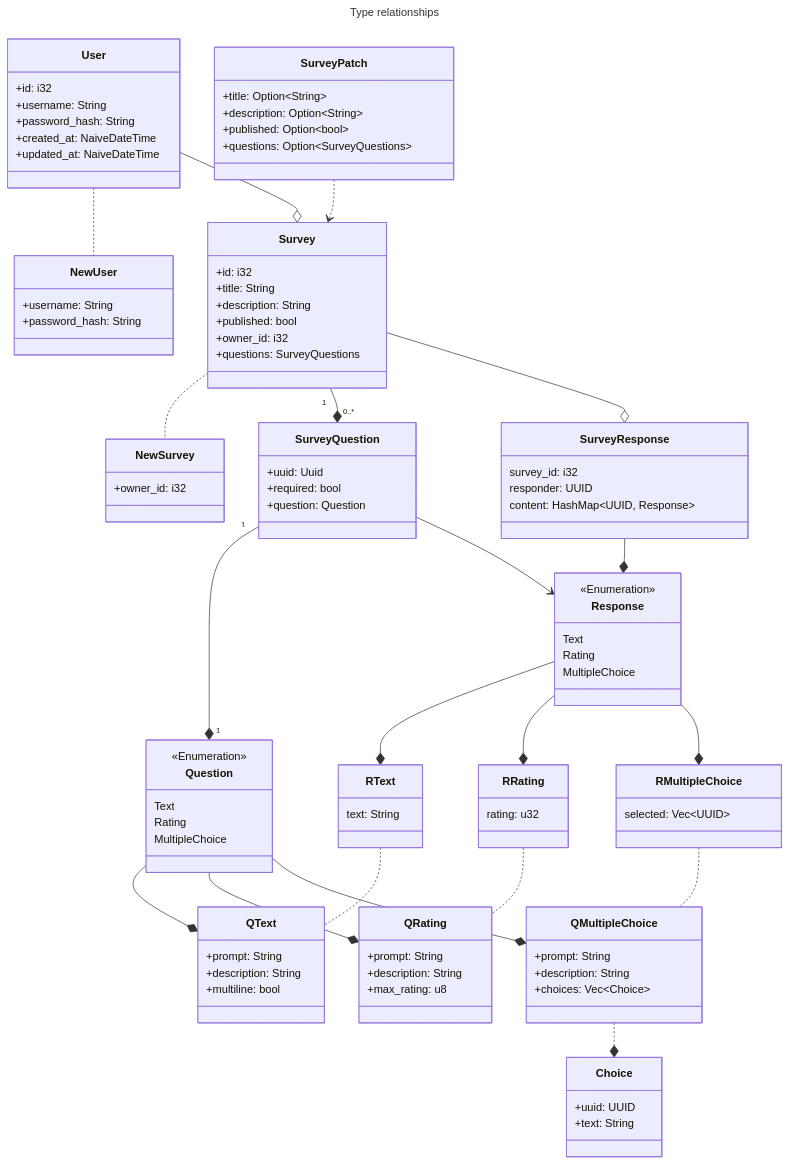
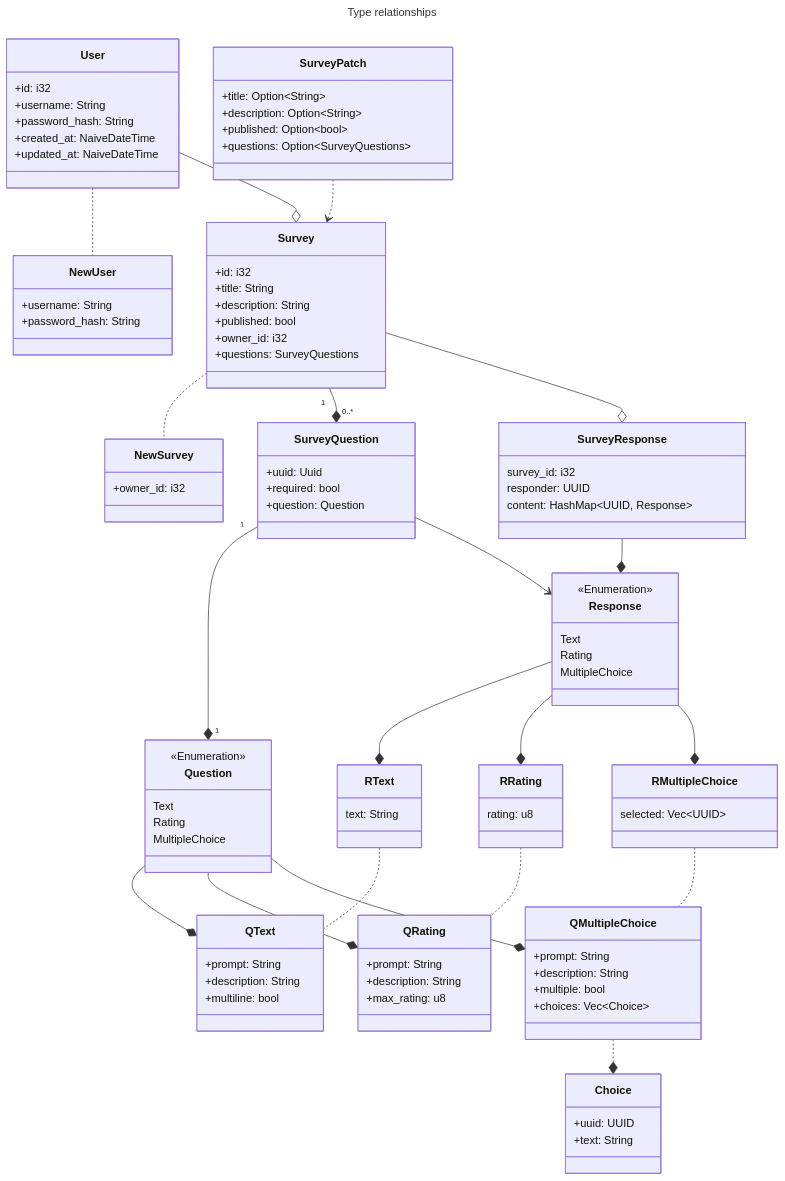
Before and after one commit to dyc3/d6-survey-service: the third of 9 diagrams in docs/architecture.md, drawn with Mermaid. The commit also changed 4 other files, not shown here.

```diff
--- a/docs/architecture.md
+++ b/docs/architecture.md
@@ -189,6 +189,7 @@
     class QMultipleChoice {
         +prompt: String
         +description: String
+        +multiple: bool
         +choices: Vec~Choice~
     }
 
@@ -226,7 +227,7 @@
     }
 
     class RRating {
-        rating: u32
+        rating: u8
     }
 
     class RMultipleChoice {
```
